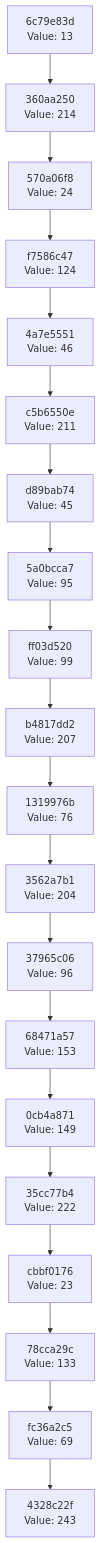
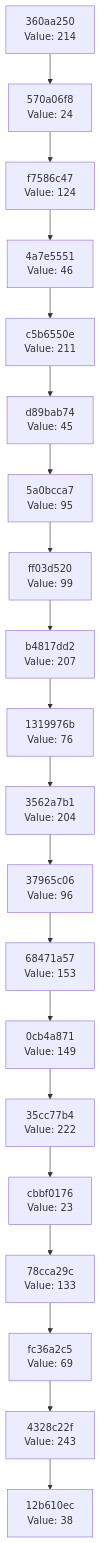
The diagram in docs/CHAIN_VISUALIZATION.md (Abhisheksinha1506/hash-chain-evolver), drawn with Mermaid before and after one commit. The commit also changed 3 other files, not shown here.

````diff
--- a/docs/CHAIN_VISUALIZATION.md
+++ b/docs/CHAIN_VISUALIZATION.md
@@ -3,42 +3,42 @@
 ```mermaid
 graph TD
-    C0["4328c22f<br/>Value: 243"]
-    C1["fc36a2c5<br/>Value: 69"]
+    C0["12b610ec<br/>Value: 38"]
+    C1["4328c22f<br/>Value: 243"]
     C1 --> C0
-    C2["78cca29c<br/>Value: 133"]
+    C2["fc36a2c5<br/>Value: 69"]
     C2 --> C1
-    C3["cbbf0176<br/>Value: 23"]
+    C3["78cca29c<br/>Value: 133"]
     C3 --> C2
-    C4["35cc77b4<br/>Value: 222"]
+    C4["cbbf0176<br/>Value: 23"]
     C4 --> C3
-    C5["0cb4a871<br/>Value: 149"]
+    C5["35cc77b4<br/>Value: 222"]
     C5 --> C4
-    C6["68471a57<br/>Value: 153"]
+    C6["0cb4a871<br/>Value: 149"]
     C6 --> C5
-    C7["37965c06<br/>Value: 96"]
+    C7["68471a57<br/>Value: 153"]
     C7 --> C6
-    C8["3562a7b1<br/>Value: 204"]
+    C8["37965c06<br/>Value: 96"]
     C8 --> C7
-    C9["1319976b<br/>Value: 76"]
+    C9["3562a7b1<br/>Value: 204"]
     C9 --> C8
-    C10["b4817dd2<br/>Value: 207"]
+    C10["1319976b<br/>Value: 76"]
     C10 --> C9
-    C11["ff03d520<br/>Value: 99"]
+    C11["b4817dd2<br/>Value: 207"]
     C11 --> C10
-    C12["5a0bcca7<br/>Value: 95"]
+    C12["ff03d520<br/>Value: 99"]
     C12 --> C11
-    C13["d89bab74<br/>Value: 45"]
+    C13["5a0bcca7<br/>Value: 95"]
     C13 --> C12
-    C14["c5b6550e<br/>Value: 211"]
+    C14["d89bab74<br/>Value: 45"]
     C14 --> C13
-    C15["4a7e5551<br/>Value: 46"]
+    C15["c5b6550e<br/>Value: 211"]
     C15 --> C14
-    C16["f7586c47<br/>Value: 124"]
+    C16["4a7e5551<br/>Value: 46"]
     C16 --> C15
-    C17["570a06f8<br/>Value: 24"]
+    C17["f7586c47<br/>Value: 124"]
     C17 --> C16
-    C18["360aa250<br/>Value: 214"]
+    C18["570a06f8<br/>Value: 24"]
     C18 --> C17
-    C19["6c79e83d<br/>Value: 13"]
+    C19["360aa250<br/>Value: 214"]
     C19 --> C18
 ```
````
